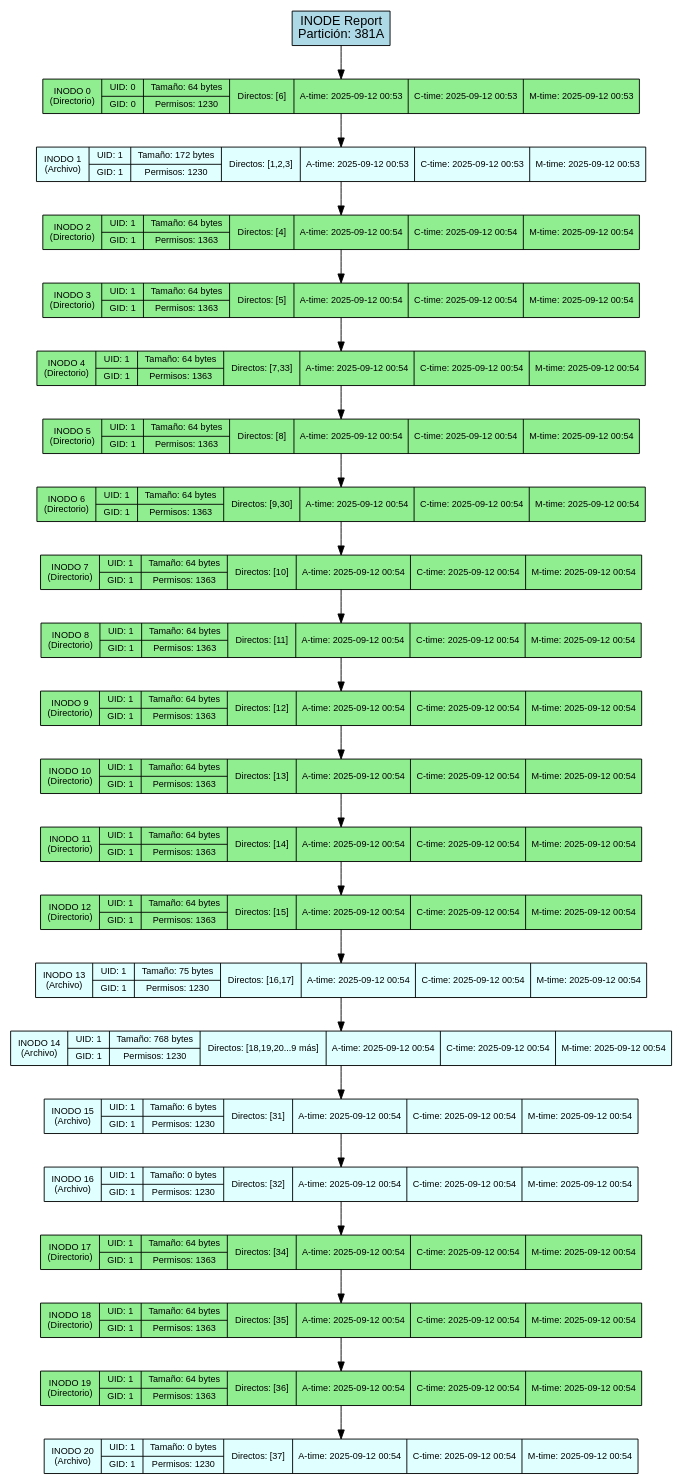
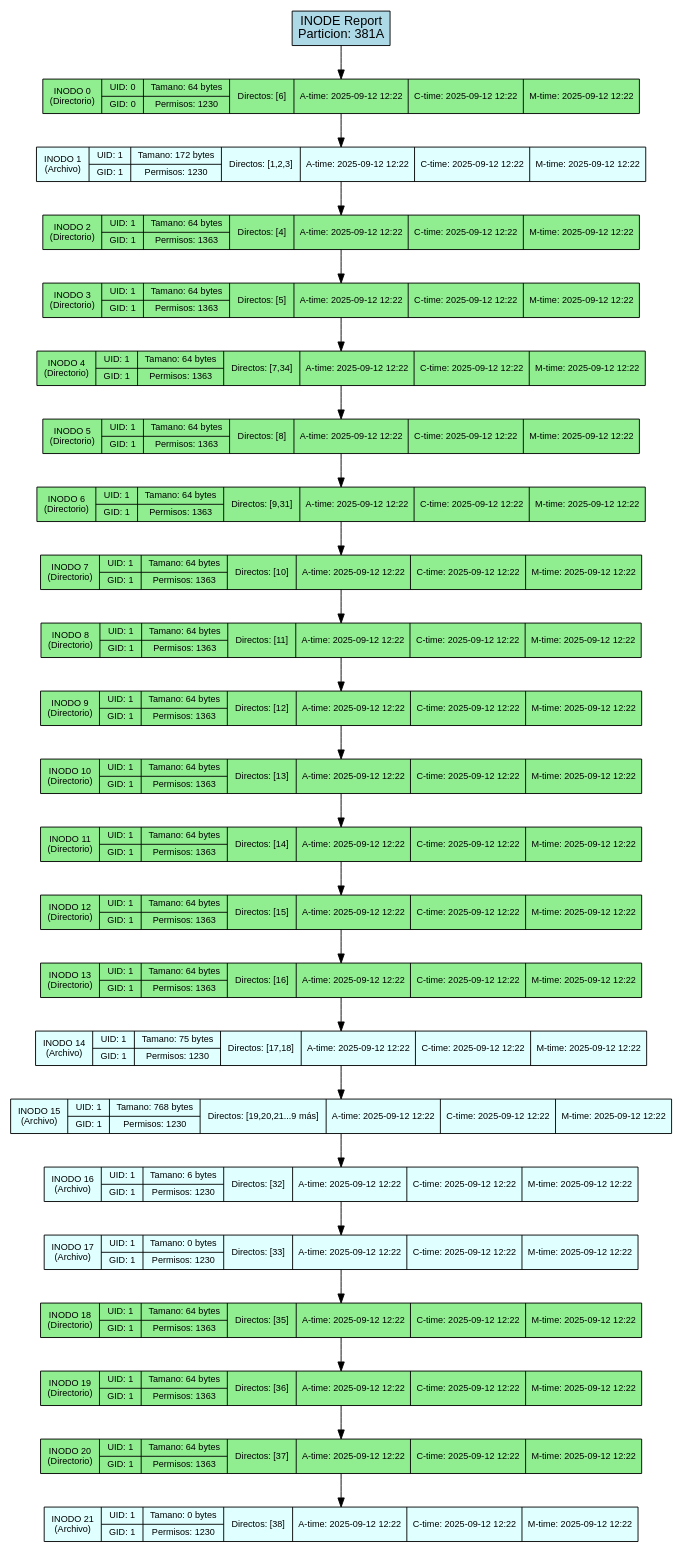
Before and after one commit to DiegVas/MIA_2S2025_P1_202300638: the diagram in backend/provider/reports/src/inode_381A.dot, drawn with Graphviz. The commit also changed 6 other files, not shown here.

```diff
--- a/backend/provider/reports/src/inode_381A.dot
+++ b/backend/provider/reports/src/inode_381A.dot
@@ -1,54 +1,56 @@
 digraph Inode_Report {
     rankdir=TB;
     node [shape=record, style=filled];
     graph [fontname="Arial", fontsize=12];
     node [fontname="Arial", fontsize=10];
     edge [fontname="Arial"];
 
-    title [label="INODE Report\nPartición: 381A", fillcolor=lightblue, fontsize=14];
+    title [label="INODE Report\nParticion: 381A", fillcolor=lightblue, fontsize=14];
 
-    inode_0 [label="INODO 0\n(Directorio)|{UID: 0 | GID: 0}|{Tamaño: 64 bytes | Permisos: 1230}|{Directos: [6]}|{A-time: 2025-09-12 00:53}|{C-time: 2025-09-12 00:53}|{M-time: 2025-09-12 00:53}", fillcolor=lightgreen];
-    inode_1 [label="INODO 1\n(Archivo)|{UID: 1 | GID: 1}|{Tamaño: 172 bytes | Permisos: 1230}|{Directos: [1,2,3]}|{A-time: 2025-09-12 00:53}|{C-time: 2025-09-12 00:53}|{M-time: 2025-09-12 00:53}", fillcolor=lightcyan];
-    inode_2 [label="INODO 2\n(Directorio)|{UID: 1 | GID: 1}|{Tamaño: 64 bytes | Permisos: 1363}|{Directos: [4]}|{A-time: 2025-09-12 00:54}|{C-time: 2025-09-12 00:54}|{M-time: 2025-09-12 00:54}", fillcolor=lightgreen];
-    inode_3 [label="INODO 3\n(Directorio)|{UID: 1 | GID: 1}|{Tamaño: 64 bytes | Permisos: 1363}|{Directos: [5]}|{A-time: 2025-09-12 00:54}|{C-time: 2025-09-12 00:54}|{M-time: 2025-09-12 00:54}", fillcolor=lightgreen];
-    inode_4 [label="INODO 4\n(Directorio)|{UID: 1 | GID: 1}|{Tamaño: 64 bytes | Permisos: 1363}|{Directos: [7,33]}|{A-time: 2025-09-12 00:54}|{C-time: 2025-09-12 00:54}|{M-time: 2025-09-12 00:54}", fillcolor=lightgreen];
-    inode_5 [label="INODO 5\n(Directorio)|{UID: 1 | GID: 1}|{Tamaño: 64 bytes | Permisos: 1363}|{Directos: [8]}|{A-time: 2025-09-12 00:54}|{C-time: 2025-09-12 00:54}|{M-time: 2025-09-12 00:54}", fillcolor=lightgreen];
-    inode_6 [label="INODO 6\n(Directorio)|{UID: 1 | GID: 1}|{Tamaño: 64 bytes | Permisos: 1363}|{Directos: [9,30]}|{A-time: 2025-09-12 00:54}|{C-time: 2025-09-12 00:54}|{M-time: 2025-09-12 00:54}", fillcolor=lightgreen];
-    inode_7 [label="INODO 7\n(Directorio)|{UID: 1 | GID: 1}|{Tamaño: 64 bytes | Permisos: 1363}|{Directos: [10]}|{A-time: 2025-09-12 00:54}|{C-time: 2025-09-12 00:54}|{M-time: 2025-09-12 00:54}", fillcolor=lightgreen];
-    inode_8 [label="INODO 8\n(Directorio)|{UID: 1 | GID: 1}|{Tamaño: 64 bytes | Permisos: 1363}|{Directos: [11]}|{A-time: 2025-09-12 00:54}|{C-time: 2025-09-12 00:54}|{M-time: 2025-09-12 00:54}", fillcolor=lightgreen];
-    inode_9 [label="INODO 9\n(Directorio)|{UID: 1 | GID: 1}|{Tamaño: 64 bytes | Permisos: 1363}|{Directos: [12]}|{A-time: 2025-09-12 00:54}|{C-time: 2025-09-12 00:54}|{M-time: 2025-09-12 00:54}", fillcolor=lightgreen];
-    inode_10 [label="INODO 10\n(Directorio)|{UID: 1 | GID: 1}|{Tamaño: 64 bytes | Permisos: 1363}|{Directos: [13]}|{A-time: 2025-09-12 00:54}|{C-time: 2025-09-12 00:54}|{M-time: 2025-09-12 00:54}", fillcolor=lightgreen];
-    inode_11 [label="INODO 11\n(Directorio)|{UID: 1 | GID: 1}|{Tamaño: 64 bytes | Permisos: 1363}|{Directos: [14]}|{A-time: 2025-09-12 00:54}|{C-time: 2025-09-12 00:54}|{M-time: 2025-09-12 00:54}", fillcolor=lightgreen];
-    inode_12 [label="INODO 12\n(Directorio)|{UID: 1 | GID: 1}|{Tamaño: 64 bytes | Permisos: 1363}|{Directos: [15]}|{A-time: 2025-09-12 00:54}|{C-time: 2025-09-12 00:54}|{M-time: 2025-09-12 00:54}", fillcolor=lightgreen];
-    inode_13 [label="INODO 13\n(Archivo)|{UID: 1 | GID: 1}|{Tamaño: 75 bytes | Permisos: 1230}|{Directos: [16,17]}|{A-time: 2025-09-12 00:54}|{C-time: 2025-09-12 00:54}|{M-time: 2025-09-12 00:54}", fillcolor=lightcyan];
-    inode_14 [label="INODO 14\n(Archivo)|{UID: 1 | GID: 1}|{Tamaño: 768 bytes | Permisos: 1230}|{Directos: [18,19,20...9 más]}|{A-time: 2025-09-12 00:54}|{C-time: 2025-09-12 00:54}|{M-time: 2025-09-12 00:54}", fillcolor=lightcyan];
-    inode_15 [label="INODO 15\n(Archivo)|{UID: 1 | GID: 1}|{Tamaño: 6 bytes | Permisos: 1230}|{Directos: [31]}|{A-time: 2025-09-12 00:54}|{C-time: 2025-09-12 00:54}|{M-time: 2025-09-12 00:54}", fillcolor=lightcyan];
-    inode_16 [label="INODO 16\n(Archivo)|{UID: 1 | GID: 1}|{Tamaño: 0 bytes | Permisos: 1230}|{Directos: [32]}|{A-time: 2025-09-12 00:54}|{C-time: 2025-09-12 00:54}|{M-time: 2025-09-12 00:54}", fillcolor=lightcyan];
-    inode_17 [label="INODO 17\n(Directorio)|{UID: 1 | GID: 1}|{Tamaño: 64 bytes | Permisos: 1363}|{Directos: [34]}|{A-time: 2025-09-12 00:54}|{C-time: 2025-09-12 00:54}|{M-time: 2025-09-12 00:54}", fillcolor=lightgreen];
-    inode_18 [label="INODO 18\n(Directorio)|{UID: 1 | GID: 1}|{Tamaño: 64 bytes | Permisos: 1363}|{Directos: [35]}|{A-time: 2025-09-12 00:54}|{C-time: 2025-09-12 00:54}|{M-time: 2025-09-12 00:54}", fillcolor=lightgreen];
-    inode_19 [label="INODO 19\n(Directorio)|{UID: 1 | GID: 1}|{Tamaño: 64 bytes | Permisos: 1363}|{Directos: [36]}|{A-time: 2025-09-12 00:54}|{C-time: 2025-09-12 00:54}|{M-time: 2025-09-12 00:54}", fillcolor=lightgreen];
-    inode_20 [label="INODO 20\n(Archivo)|{UID: 1 | GID: 1}|{Tamaño: 0 bytes | Permisos: 1230}|{Directos: [37]}|{A-time: 2025-09-12 00:54}|{C-time: 2025-09-12 00:54}|{M-time: 2025-09-12 00:54}", fillcolor=lightcyan];
+    inode_0 [label="INODO 0\n(Directorio)|{UID: 0 | GID: 0}|{Tamano: 64 bytes | Permisos: 1230}|{Directos: [6]}|{A-time: 2025-09-12 12:22}|{C-time: 2025-09-12 12:22}|{M-time: 2025-09-12 12:22}", fillcolor=lightgreen];
+    inode_1 [label="INODO 1\n(Archivo)|{UID: 1 | GID: 1}|{Tamano: 172 bytes | Permisos: 1230}|{Directos: [1,2,3]}|{A-time: 2025-09-12 12:22}|{C-time: 2025-09-12 12:22}|{M-time: 2025-09-12 12:22}", fillcolor=lightcyan];
+    inode_2 [label="INODO 2\n(Directorio)|{UID: 1 | GID: 1}|{Tamano: 64 bytes | Permisos: 1363}|{Directos: [4]}|{A-time: 2025-09-12 12:22}|{C-time: 2025-09-12 12:22}|{M-time: 2025-09-12 12:22}", fillcolor=lightgreen];
+    inode_3 [label="INODO 3\n(Directorio)|{UID: 1 | GID: 1}|{Tamano: 64 bytes | Permisos: 1363}|{Directos: [5]}|{A-time: 2025-09-12 12:22}|{C-time: 2025-09-12 12:22}|{M-time: 2025-09-12 12:22}", fillcolor=lightgreen];
+    inode_4 [label="INODO 4\n(Directorio)|{UID: 1 | GID: 1}|{Tamano: 64 bytes | Permisos: 1363}|{Directos: [7,34]}|{A-time: 2025-09-12 12:22}|{C-time: 2025-09-12 12:22}|{M-time: 2025-09-12 12:22}", fillcolor=lightgreen];
+    inode_5 [label="INODO 5\n(Directorio)|{UID: 1 | GID: 1}|{Tamano: 64 bytes | Permisos: 1363}|{Directos: [8]}|{A-time: 2025-09-12 12:22}|{C-time: 2025-09-12 12:22}|{M-time: 2025-09-12 12:22}", fillcolor=lightgreen];
+    inode_6 [label="INODO 6\n(Directorio)|{UID: 1 | GID: 1}|{Tamano: 64 bytes | Permisos: 1363}|{Directos: [9,31]}|{A-time: 2025-09-12 12:22}|{C-time: 2025-09-12 12:22}|{M-time: 2025-09-12 12:22}", fillcolor=lightgreen];
+    inode_7 [label="INODO 7\n(Directorio)|{UID: 1 | GID: 1}|{Tamano: 64 bytes | Permisos: 1363}|{Directos: [10]}|{A-time: 2025-09-12 12:22}|{C-time: 2025-09-12 12:22}|{M-time: 2025-09-12 12:22}", fillcolor=lightgreen];
+    inode_8 [label="INODO 8\n(Directorio)|{UID: 1 | GID: 1}|{Tamano: 64 bytes | Permisos: 1363}|{Directos: [11]}|{A-time: 2025-09-12 12:22}|{C-time: 2025-09-12 12:22}|{M-time: 2025-09-12 12:22}", fillcolor=lightgreen];
+    inode_9 [label="INODO 9\n(Directorio)|{UID: 1 | GID: 1}|{Tamano: 64 bytes | Permisos: 1363}|{Directos: [12]}|{A-time: 2025-09-12 12:22}|{C-time: 2025-09-12 12:22}|{M-time: 2025-09-12 12:22}", fillcolor=lightgreen];
+    inode_10 [label="INODO 10\n(Directorio)|{UID: 1 | GID: 1}|{Tamano: 64 bytes | Permisos: 1363}|{Directos: [13]}|{A-time: 2025-09-12 12:22}|{C-time: 2025-09-12 12:22}|{M-time: 2025-09-12 12:22}", fillcolor=lightgreen];
+    inode_11 [label="INODO 11\n(Directorio)|{UID: 1 | GID: 1}|{Tamano: 64 bytes | Permisos: 1363}|{Directos: [14]}|{A-time: 2025-09-12 12:22}|{C-time: 2025-09-12 12:22}|{M-time: 2025-09-12 12:22}", fillcolor=lightgreen];
+    inode_12 [label="INODO 12\n(Directorio)|{UID: 1 | GID: 1}|{Tamano: 64 bytes | Permisos: 1363}|{Directos: [15]}|{A-time: 2025-09-12 12:22}|{C-time: 2025-09-12 12:22}|{M-time: 2025-09-12 12:22}", fillcolor=lightgreen];
+    inode_13 [label="INODO 13\n(Directorio)|{UID: 1 | GID: 1}|{Tamano: 64 bytes | Permisos: 1363}|{Directos: [16]}|{A-time: 2025-09-12 12:22}|{C-time: 2025-09-12 12:22}|{M-time: 2025-09-12 12:22}", fillcolor=lightgreen];
+    inode_14 [label="INODO 14\n(Archivo)|{UID: 1 | GID: 1}|{Tamano: 75 bytes | Permisos: 1230}|{Directos: [17,18]}|{A-time: 2025-09-12 12:22}|{C-time: 2025-09-12 12:22}|{M-time: 2025-09-12 12:22}", fillcolor=lightcyan];
+    inode_15 [label="INODO 15\n(Archivo)|{UID: 1 | GID: 1}|{Tamano: 768 bytes | Permisos: 1230}|{Directos: [19,20,21...9 más]}|{A-time: 2025-09-12 12:22}|{C-time: 2025-09-12 12:22}|{M-time: 2025-09-12 12:22}", fillcolor=lightcyan];
+    inode_16 [label="INODO 16\n(Archivo)|{UID: 1 | GID: 1}|{Tamano: 6 bytes | Permisos: 1230}|{Directos: [32]}|{A-time: 2025-09-12 12:22}|{C-time: 2025-09-12 12:22}|{M-time: 2025-09-12 12:22}", fillcolor=lightcyan];
+    inode_17 [label="INODO 17\n(Archivo)|{UID: 1 | GID: 1}|{Tamano: 0 bytes | Permisos: 1230}|{Directos: [33]}|{A-time: 2025-09-12 12:22}|{C-time: 2025-09-12 12:22}|{M-time: 2025-09-12 12:22}", fillcolor=lightcyan];
+    inode_18 [label="INODO 18\n(Directorio)|{UID: 1 | GID: 1}|{Tamano: 64 bytes | Permisos: 1363}|{Directos: [35]}|{A-time: 2025-09-12 12:22}|{C-time: 2025-09-12 12:22}|{M-time: 2025-09-12 12:22}", fillcolor=lightgreen];
+    inode_19 [label="INODO 19\n(Directorio)|{UID: 1 | GID: 1}|{Tamano: 64 bytes | Permisos: 1363}|{Directos: [36]}|{A-time: 2025-09-12 12:22}|{C-time: 2025-09-12 12:22}|{M-time: 2025-09-12 12:22}", fillcolor=lightgreen];
+    inode_20 [label="INODO 20\n(Directorio)|{UID: 1 | GID: 1}|{Tamano: 64 bytes | Permisos: 1363}|{Directos: [37]}|{A-time: 2025-09-12 12:22}|{C-time: 2025-09-12 12:22}|{M-time: 2025-09-12 12:22}", fillcolor=lightgreen];
+    inode_21 [label="INODO 21\n(Archivo)|{UID: 1 | GID: 1}|{Tamano: 0 bytes | Permisos: 1230}|{Directos: [38]}|{A-time: 2025-09-12 12:22}|{C-time: 2025-09-12 12:22}|{M-time: 2025-09-12 12:22}", fillcolor=lightcyan];
 
     // Conexiones de la lista enlazada
     title -> inode_0;
     inode_0 -> inode_1;
     inode_1 -> inode_2;
     inode_2 -> inode_3;
     inode_3 -> inode_4;
     inode_4 -> inode_5;
     inode_5 -> inode_6;
     inode_6 -> inode_7;
     inode_7 -> inode_8;
     inode_8 -> inode_9;
     inode_9 -> inode_10;
     inode_10 -> inode_11;
     inode_11 -> inode_12;
     inode_12 -> inode_13;
     inode_13 -> inode_14;
     inode_14 -> inode_15;
     inode_15 -> inode_16;
     inode_16 -> inode_17;
     inode_17 -> inode_18;
     inode_18 -> inode_19;
     inode_19 -> inode_20;
+    inode_20 -> inode_21;
 }
```
